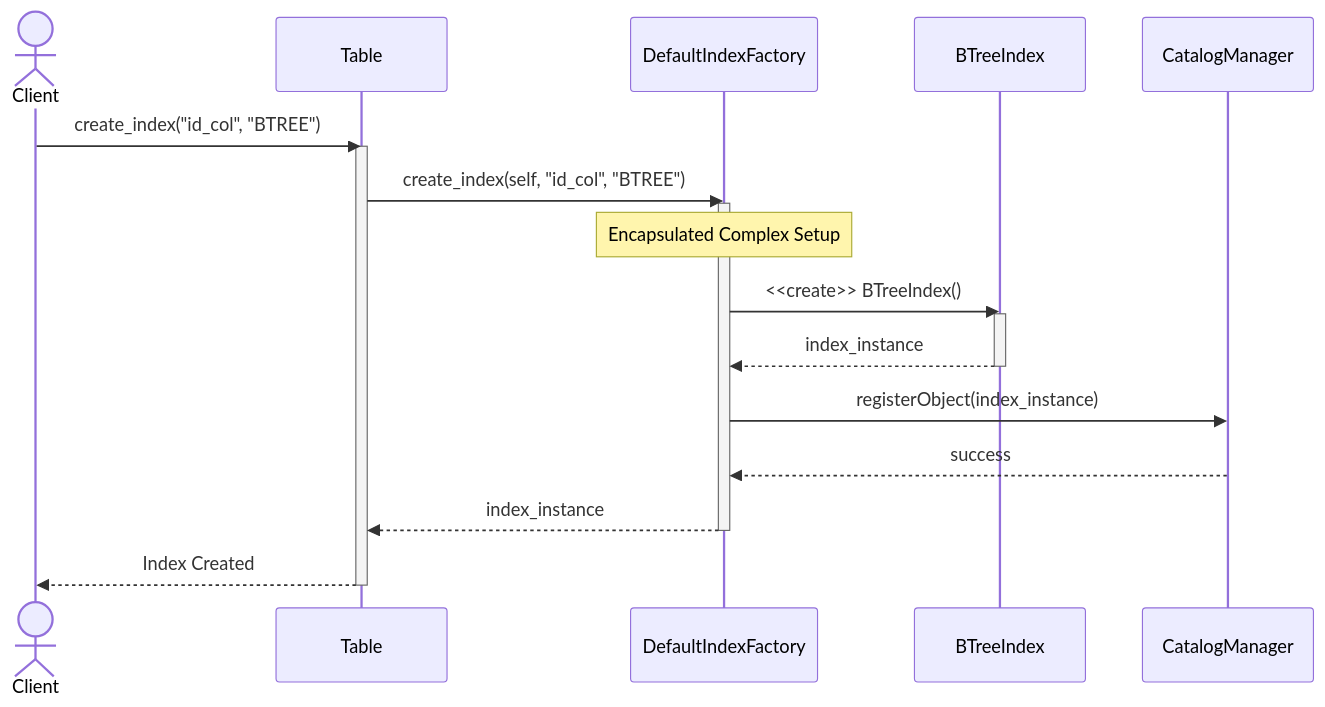
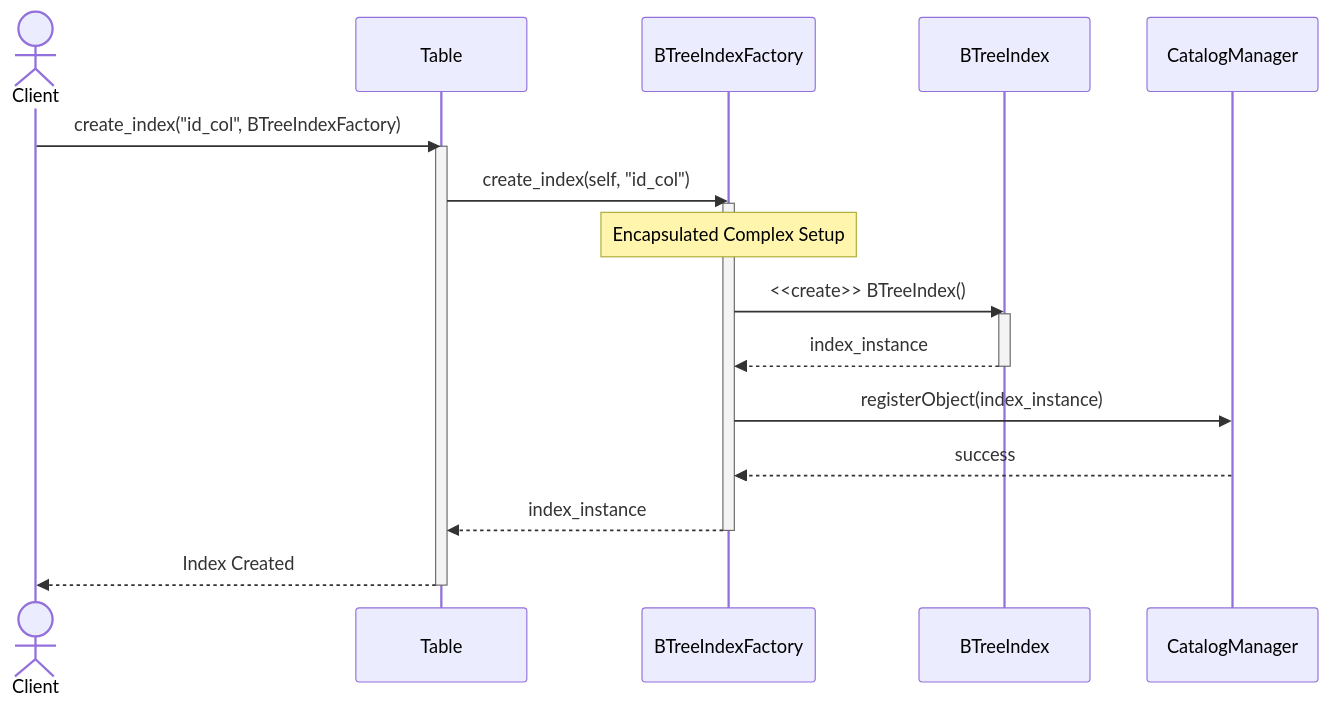
Before and after one commit to TamBui1706/DBMS: the eighth of 10 diagrams in DPSuggest.md, drawn with Mermaid. The commit also changed other lines of this file, not shown here.

Commit message:
Factory method design pattern

````diff
--- a/DPSuggest.md
+++ b/DPSuggest.md
@@ -555,29 +560,29 @@
 ```mermaid
 sequenceDiagram
     actor Client
     participant Tbl as Table
-    participant Fct as DefaultIndexFactory
+    participant Fct as BTreeIndexFactory
     participant Idx as BTreeIndex
     participant Cat as CatalogManager
 
-    Client->>Tbl: create_index("id_col", "BTREE")
+    Client->>Tbl: create_index("id_col", BTreeIndexFactory)
     activate Tbl
     
-    Tbl->>Fct: create_index(self, "id_col", "BTREE")
+    Tbl->>Fct: create_index(self, "id_col")
     activate Fct
     
     Note over Fct: Encapsulated Complex Setup
     Fct->>Idx: <<create>> BTreeIndex()
     activate Idx
     Idx-->>Fct: index_instance
     deactivate Idx
     
     Fct->>Cat: registerObject(index_instance)
     Cat-->>Fct: success
     
     Fct-->>Tbl: index_instance
     deactivate Fct
     
     Tbl-->>Client: Index Created
     deactivate Tbl
 ```
````
